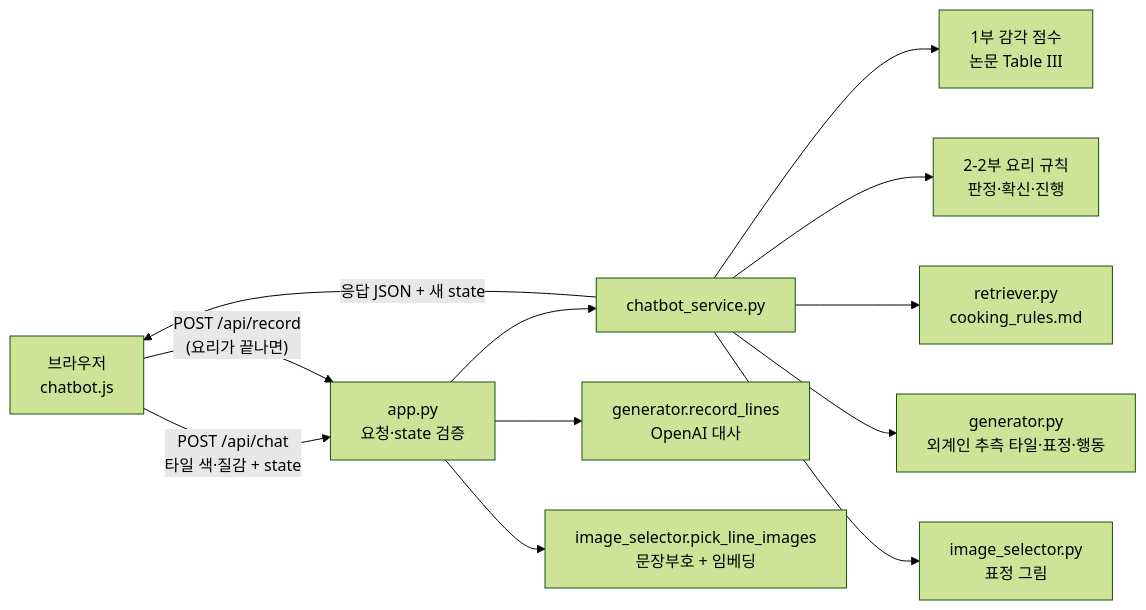
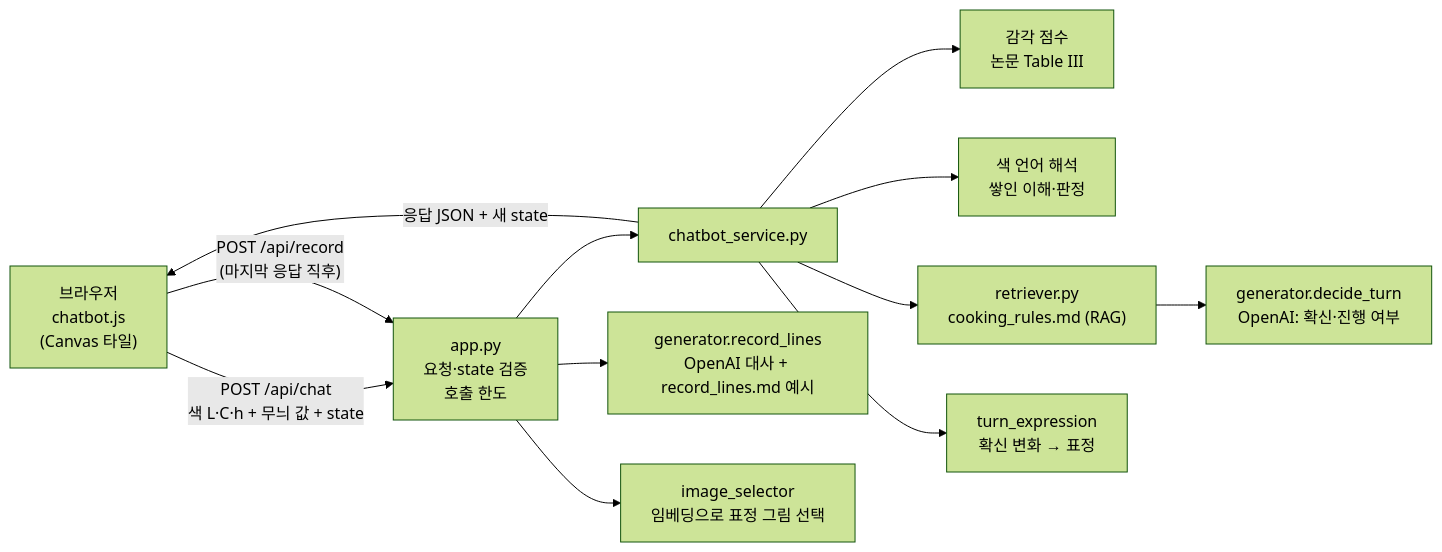
The diagram in README.md (nahnah7157/Noizilian), drawn with Mermaid (forest theme) before and after one commit. The commit also changed other lines of this file and 2 other files, not shown here.

````diff
--- a/README.md
+++ b/README.md
@@ -59,14 +73,14 @@
 ```mermaid
 flowchart LR
-  B["브라우저<br/>chatbot.js"] -- "POST /api/chat<br/>타일 색·질감 + state" --> A["app.py<br/>요청·state 검증"]
+  B["브라우저<br/>chatbot.js<br/>(Canvas 타일)"] -- "POST /api/chat<br/>색 L·C·h + 무늬 값 + state" --> A["app.py<br/>요청·state 검증<br/>호출 한도"]
   A --> S["chatbot_service.py"]
-  S --> P["1부 감각 점수<br/>논문 Table III"]
-  S --> G["2-2부 요리 규칙<br/>판정·확신·진행"]
-  S --> R["retriever.py<br/>cooking_rules.md"]
-  S --> N["generator.py<br/>외계인 추측 타일·표정·행동"]
-  S --> I["image_selector.py<br/>표정 그림"]
+  S --> P["감각 점수<br/>논문 Table III"]
+  S --> G["색 언어 해석<br/>쌓인 이해·판정"]
+  S --> R["retriever.py<br/>cooking_rules.md (RAG)"]
+  R --> D["generator.decide_turn<br/>OpenAI: 확신·진행 여부"]
+  S --> X["turn_expression<br/>확신 변화 → 표정"]
   S -- "응답 JSON + 새 state" --> B
-  B -- "POST /api/record<br/>(요리가 끝나면)" --> A
-  A --> L["generator.record_lines<br/>OpenAI 대사"]
-  A --> E["image_selector.pick_line_images<br/>문장부호 + 임베딩"]
+  B -- "POST /api/record<br/>(마지막 응답 직후)" --> A
+  A --> L["generator.record_lines<br/>OpenAI 대사 + record_lines.md 예시"]
+  A --> E["image_selector<br/>임베딩으로 표정 그림 선택"]
 ```
````
